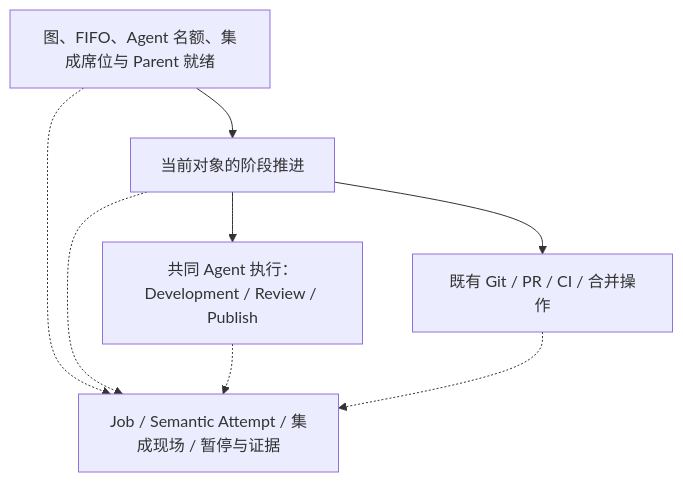
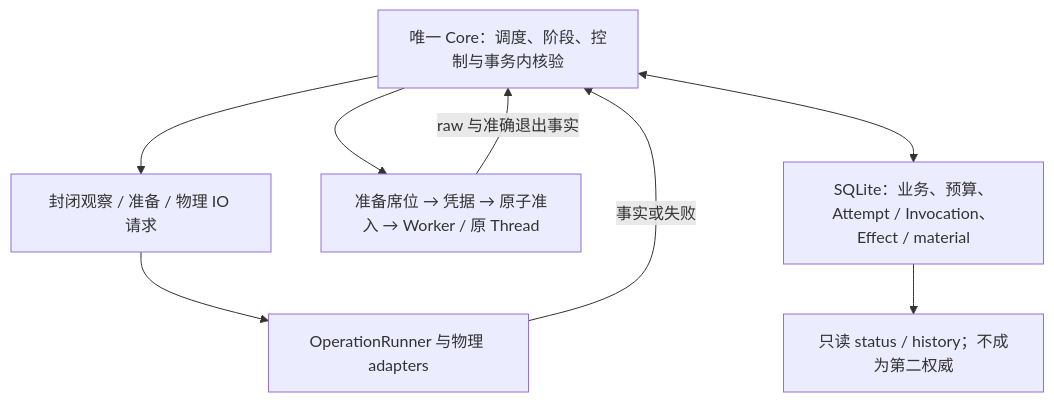
The diagram in docs/adr/0024-orchestration-responsibility-separation.md (GRD-Chang/grill-engineering), drawn with Mermaid before and after one commit. The commit also changed other lines of this file and 7 other files, not shown here.

````diff
--- a/docs/adr/0024-orchestration-responsibility-separation.md
+++ b/docs/adr/0024-orchestration-responsibility-separation.md
@@ -46,10 +70,10 @@
 ```mermaid
 flowchart TB
-    S["图、FIFO、Agent 名额、集成席位与 Parent 就绪"] --> F["当前对象的阶段推进"]
-    F --> A["共同 Agent 执行：Development / Review / Publish"]
-    F --> O["既有 Git / PR / CI / 合并操作"]
-    S -.-> W["Job / Semantic Attempt / 集成现场 / 暂停与证据"]
-    F -.-> W
-    A -.-> W
-    O -.-> W
+    K["唯一 Core：调度、阶段、控制与事务内核验"] --> Q["封闭观察 / 准备 / 物理 IO 请求"]
+    Q --> R["OperationRunner 与物理 adapters"]
+    R -->|事实或失败| K
+    K --> A["准备席位 → 凭据 → 原子准入 → Worker / 原 Thread"]
+    A -->|raw 与准确退出事实| K
+    K <--> S["SQLite：业务、预算、Attempt / Invocation、Effect / material"]
+    S --> V["只读 status / history；不成为第二权威"]
 ```
````
